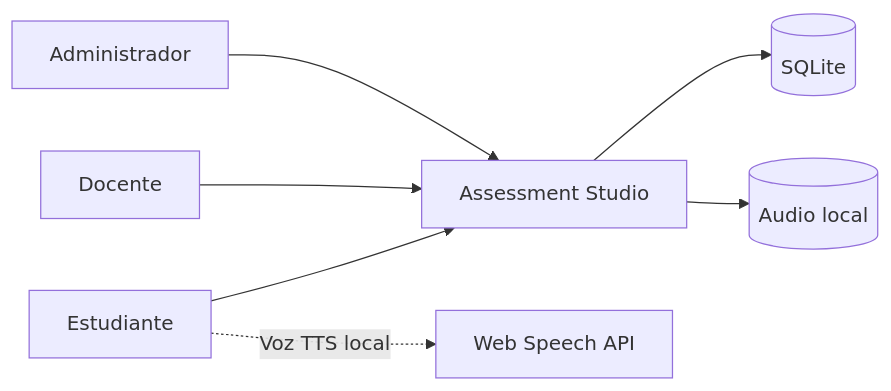
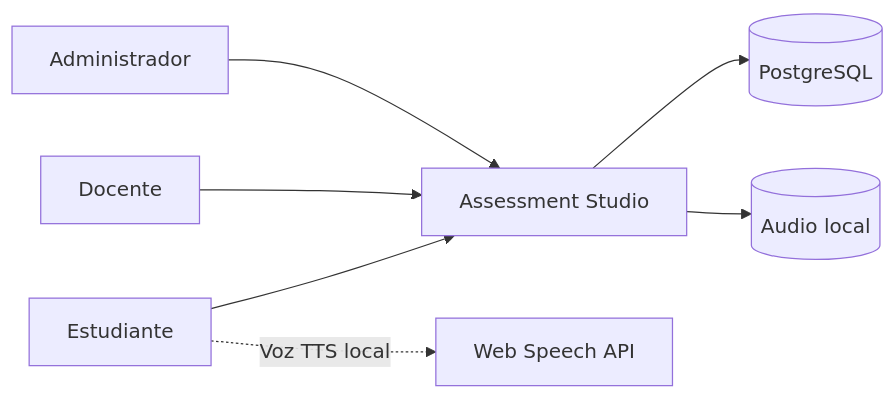
The first of 16 diagrams in docs/12-diagrams.md (avismael/AssesStudio), drawn with Mermaid before and after one commit. The commit also changed other lines of this file and 56 other files, not shown here.

````diff
--- a/docs/12-diagrams.md
+++ b/docs/12-diagrams.md
@@ -34,9 +34,9 @@
 ```mermaid
 flowchart LR
     Student[Estudiante] --> App[Assessment Studio]
     Teacher[Docente] --> App
     Admin[Administrador] --> App
-    App --> DB[(SQLite)]
+    App --> DB[(PostgreSQL)]
     App --> Audio[(Audio local)]
     Student -. Voz TTS local .-> Speech[Web Speech API]
 ```
````
